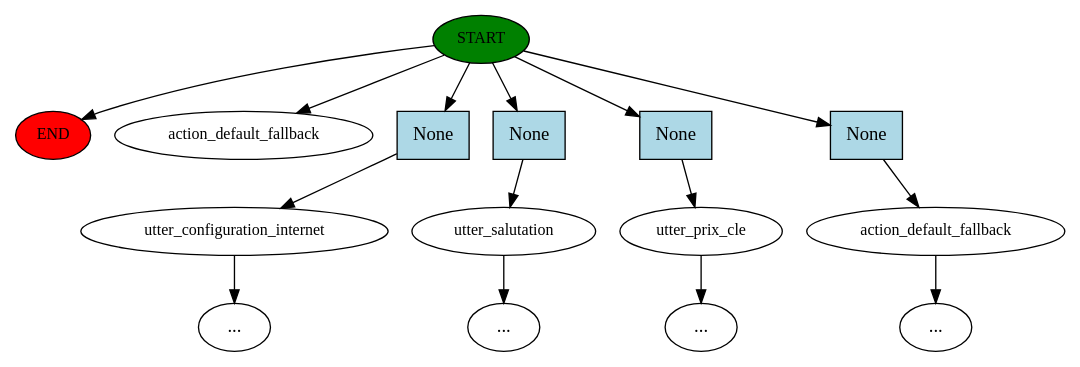
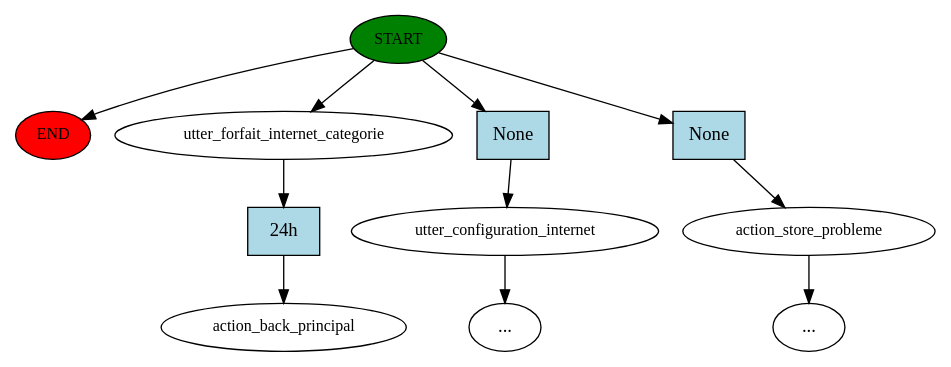
One commit to Dipanda998/Nexttel_Bot changed the diagram in story_graph.dot. Above: the diagram before and after it, drawn with Graphviz. The commit also changed 24 other files, not shown here.

```diff
--- a/story_graph.dot
+++ b/story_graph.dot
@@ -1,31 +1,23 @@
 digraph  {
 0 [class="start active", fillcolor=green, fontsize=12, label=START, style=filled];
 "-1" [class=end, fillcolor=red, fontsize=12, label=END, style=filled];
 1 [class="", fontsize=12, label=utter_configuration_internet];
 "-5" [class=ellipsis, label="..."];
-4 [class="", fontsize=12, label=utter_salutation];
-"-9" [class=ellipsis, label="..."];
-8 [class="", fontsize=12, label=utter_prix_cle];
-"-10" [class=ellipsis, label="..."];
-9 [class="", fontsize=12, label=action_default_fallback];
-"-11" [class=ellipsis, label="..."];
-10 [class="dashed active", fontsize=12, label=action_default_fallback];
-11 [class=intent, fillcolor=lightblue, label=None, shape=rect, style=filled];
-12 [class=intent, fillcolor=lightblue, label=None, shape=rect, style=filled];
-13 [class=intent, fillcolor=lightblue, label=None, shape=rect, style=filled];
-14 [class=intent, fillcolor=lightblue, label=None, shape=rect, style=filled];
+4 [class="", fontsize=12, label=action_store_probleme];
+"-6" [class=ellipsis, label="..."];
+5 [class=active, fontsize=12, label=utter_forfait_internet_categorie];
+6 [class="dashed active", fontsize=12, label=action_back_principal];
+7 [class=intent, fillcolor=lightblue, label=None, shape=rect, style=filled];
+8 [class=intent, fillcolor=lightblue, label=None, shape=rect, style=filled];
+9 [class="intent active", fillcolor=lightblue, label="24h", shape=rect, style=filled];
 0 -> "-1"  [class="", key=NONE, label=""];
-0 -> 10  [class=active, key=NONE, label=""];
-0 -> 11  [class="", key=0];
-0 -> 12  [class="", key=0];
-0 -> 13  [class="", key=0];
-0 -> 14  [class="", key=0];
+0 -> 5  [class=active, key=NONE, label=""];
+0 -> 7  [class="", key=0];
+0 -> 8  [class="", key=0];
 1 -> "-5"  [class="", key=NONE, label=""];
-4 -> "-9"  [class="", key=NONE, label=""];
-8 -> "-10"  [class="", key=NONE, label=""];
-9 -> "-11"  [class="", key=NONE, label=""];
-11 -> 1  [class="", key=0];
-12 -> 4  [class="", key=0];
-13 -> 8  [class="", key=0];
-14 -> 9  [class="", key=0];
+4 -> "-6"  [class="", key=NONE, label=""];
+5 -> 9  [class=active, key=0];
+7 -> 1  [class="", key=0];
+8 -> 4  [class="", key=0];
+9 -> 6  [class=active, key=0];
 }
```
